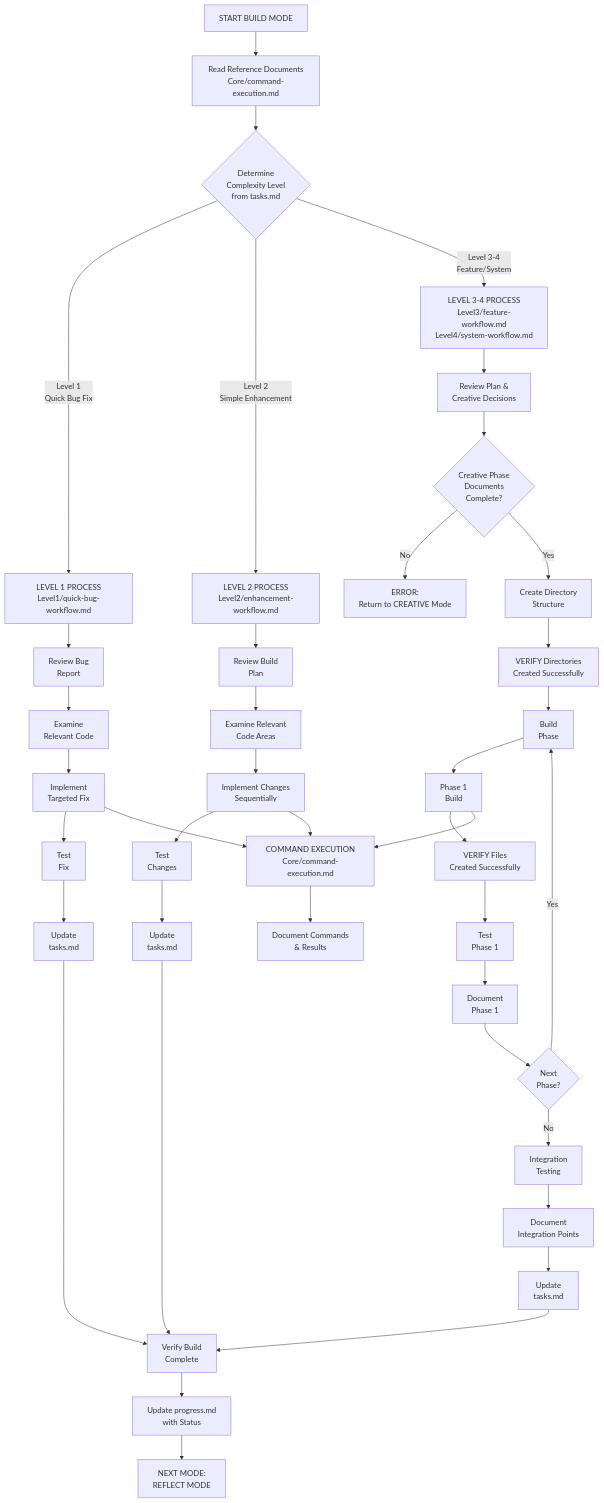
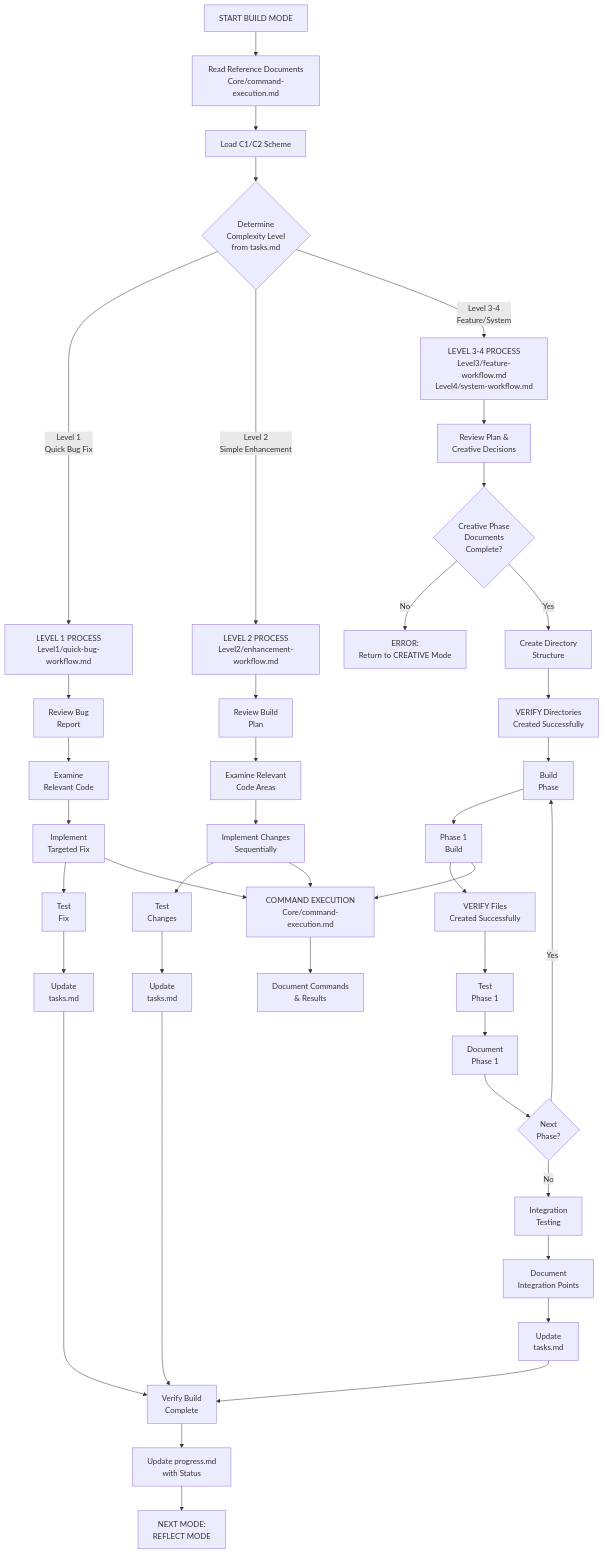
Before and after one commit to DennisGrammes/arc42-memory-bank: the first of 5 diagrams in .github/instructions/rules/isolation_rules/visual-maps/implement-mode-map.md, drawn with Mermaid. The commit also changed 10 other files, not shown here.

````diff
--- a/.github/instructions/rules/isolation_rules/visual-maps/implement-mode-map.md
+++ b/.github/instructions/rules/isolation_rules/visual-maps/implement-mode-map.md
@@ -13,54 +13,55 @@
 ```mermaid
 graph TD
     Start["START BUILD MODE"] --> ReadDocs["Read Reference Documents<br>Core/command-execution.md"]
-    
+    ReadDocs --> LoadScheme["Load C1/C2 Scheme"]
+
     %% Initialization
-    ReadDocs --> CheckLevel{"Determine<br>Complexity Level<br>from tasks.md"}
+    LoadScheme --> CheckLevel{"Determine<br>Complexity Level<br>from tasks.md"}
     
     %% Level 1 Implementation
     CheckLevel -->|"Level 1<br>Quick Bug Fix"| L1Process["LEVEL 1 PROCESS<br>Level1/quick-bug-workflow.md"]
     L1Process --> L1Review["Review Bug<br>Report"]
     L1Review --> L1Examine["Examine<br>Relevant Code"]
     L1Examine --> L1Fix["Implement<br>Targeted Fix"]
     L1Fix --> L1Test["Test<br>Fix"]
     L1Test --> L1Update["Update<br>tasks.md"]
     
     %% Level 2 Implementation
     CheckLevel -->|"Level 2<br>Simple Enhancement"| L2Process["LEVEL 2 PROCESS<br>Level2/enhancement-workflow.md"]
     L2Process --> L2Review["Review Build<br>Plan"]
     L2Review --> L2Examine["Examine Relevant<br>Code Areas"]
     L2Examine --> L2Implement["Implement Changes<br>Sequentially"]
     L2Implement --> L2Test["Test<br>Changes"]
     L2Test --> L2Update["Update<br>tasks.md"]
     
     %% Level 3-4 Implementation
     CheckLevel -->|"Level 3-4<br>Feature/System"| L34Process["LEVEL 3-4 PROCESS<br>Level3/feature-workflow.md<br>Level4/system-workflow.md"]
     L34Process --> L34Review["Review Plan &<br>Creative Decisions"]
     L34Review --> L34Phase{"Creative Phase<br>Documents<br>Complete?"}
     
     L34Phase -->|"No"| L34Error["ERROR:<br>Return to CREATIVE Mode"]
     L34Phase -->|"Yes"| L34DirSetup["Create Directory<br>Structure"]
     L34DirSetup --> L34VerifyDirs["VERIFY Directories<br>Created Successfully"]
     L34VerifyDirs --> L34Implementation["Build<br>Phase"]
     
     %% Implementation Phases
     L34Implementation --> L34Phase1["Phase 1<br>Build"]
     L34Phase1 --> L34VerifyFiles["VERIFY Files<br>Created Successfully"]
     L34VerifyFiles --> L34Test1["Test<br>Phase 1"]
     L34Test1 --> L34Document1["Document<br>Phase 1"]
     L34Document1 --> L34Next1{"Next<br>Phase?"}
     L34Next1 -->|"Yes"| L34Implementation
     
     L34Next1 -->|"No"| L34Integration["Integration<br>Testing"]
     L34Integration --> L34Document["Document<br>Integration Points"]
     L34Document --> L34Update["Update<br>tasks.md"]
     
     %% Command Execution
     L1Fix & L2Implement & L34Phase1 --> CommandExec["COMMAND EXECUTION<br>Core/command-execution.md"]
     CommandExec --> DocCommands["Document Commands<br>& Results"]
     
     %% Completion & Transition
     L1Update & L2Update & L34Update --> VerifyComplete["Verify Build<br>Complete"]
     VerifyComplete --> UpdateProgress["Update progress.md<br>with Status"]
     UpdateProgress --> Transition["NEXT MODE:<br>REFLECT MODE"]
 ```
````
